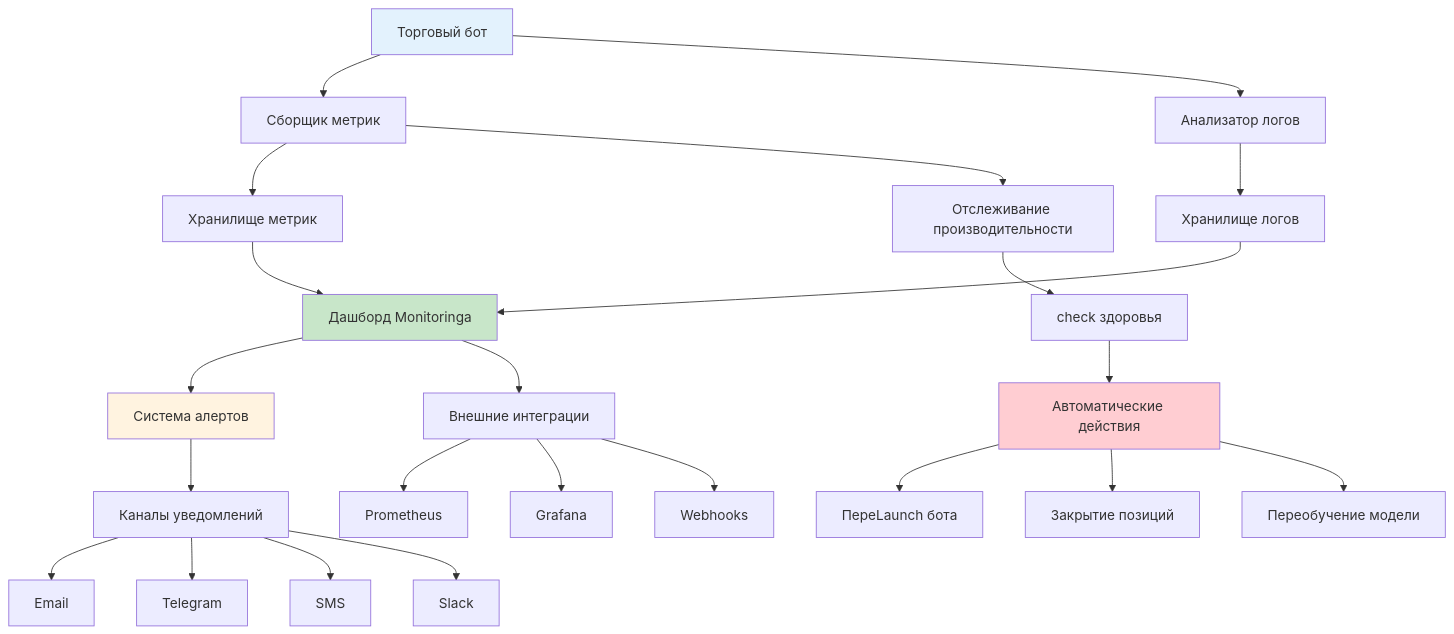
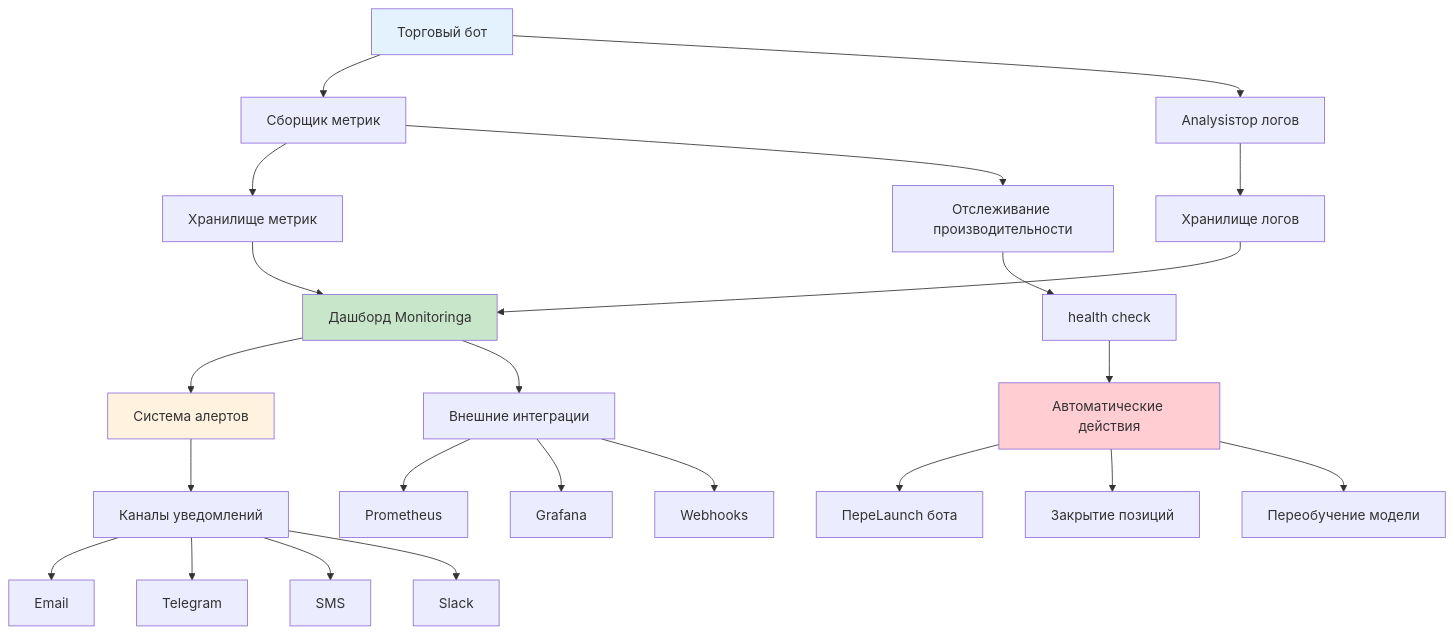
One commit to NeoZorK/neozork-hld-prediction changed the first of 8 diagrams in docs/automl/gluon/27_trading_bot_monitoring.md. Above: the diagram before and after it, drawn with Mermaid. The commit also changed other lines of this file and 108 other files, not shown here.

````diff
--- a/docs/automl/gluon/27_trading_bot_monitoring.md
+++ b/docs/automl/gluon/27_trading_bot_monitoring.md
@@ -38,37 +38,37 @@
 ```mermaid
 graph TD
  A[Торговый бот] --> B[Сборщик метрик]
- A --> C[Анализатор логов]
+ A --> C[Analysisтор логов]
 
  B --> D[Хранилище метрик]
  C --> E[Хранилище логов]
 
  D --> F[Дашборд Monitoringа]
  E --> F
 
  F --> G[Система алертов]
  G --> H[Каналы уведомлений]
 
  H --> I[Email]
  H --> J[Telegram]
  H --> K[SMS]
  H --> L[Slack]
 
  B --> M[Отслеживание производительности]
- M --> N[check здоровья]
+ M --> N[health check]
 
  N --> O[Автоматические действия]
  O --> P[ПереLaunch бота]
  O --> Q[Закрытие позиций]
  O --> R[Переобучение модели]
 
  F --> S[Внешние интеграции]
  S --> T[Prometheus]
  S --> U[Grafana]
  S --> V[Webhooks]
 
  style A fill:#e3f2fd
  style F fill:#c8e6c9
  style G fill:#fff3e0
  style O fill:#ffcdd2
 ```
````
